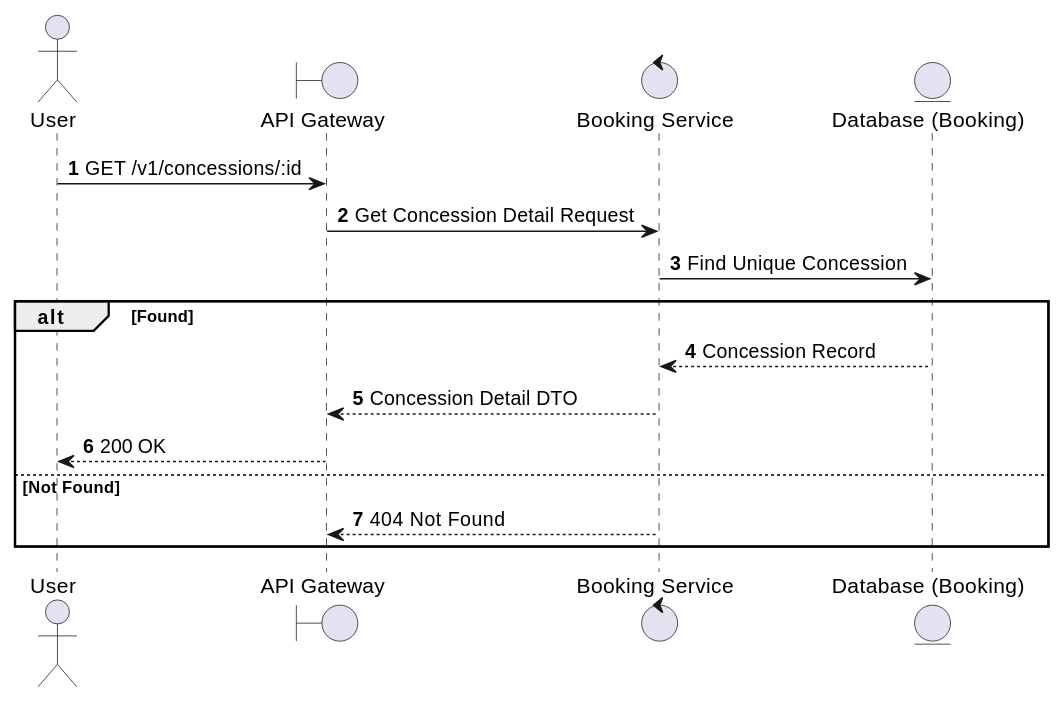
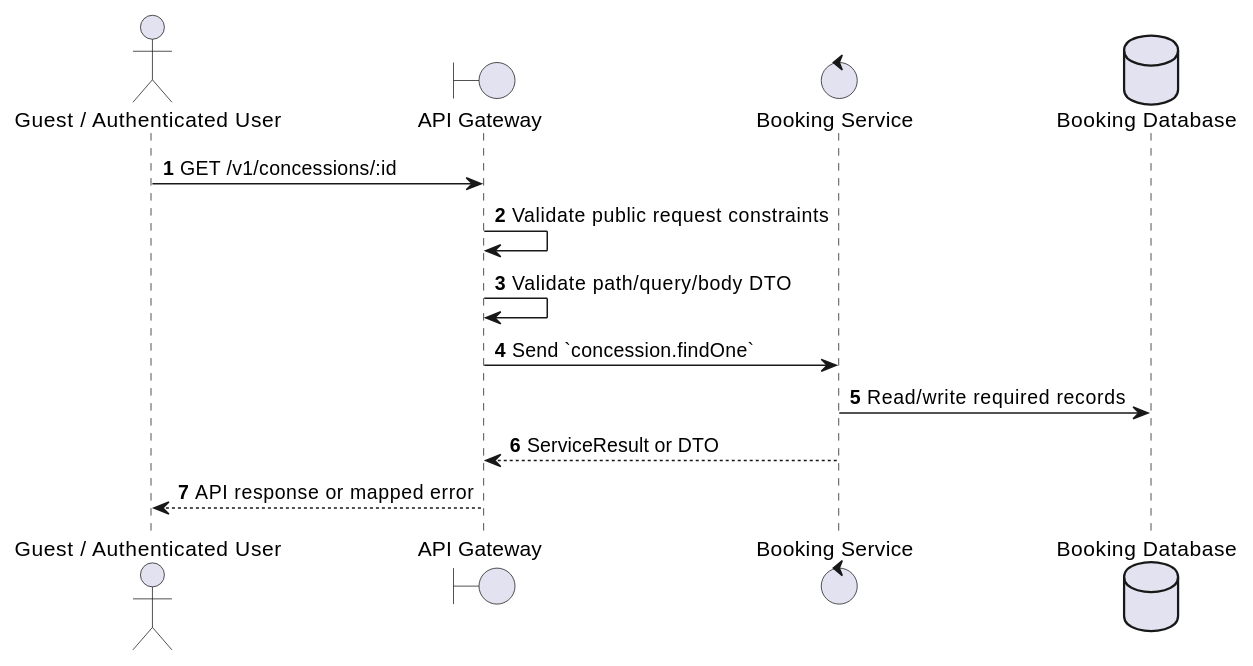
Before and after one commit to Tanh1603/movie-hub-architecture: the first of 2 diagrams in docs/functional_specs/3.9_Concessions_FB_Module/CS-02_Get_Concession_Details.md, drawn with PlantUML. The commit also changed other lines of this file and 126 other files, not shown here.

````diff
--- a/docs/functional_specs/3.9_Concessions_FB_Module/CS-02_Get_Concession_Details.md
+++ b/docs/functional_specs/3.9_Concessions_FB_Module/CS-02_Get_Concession_Details.md
@@ -17,20 +17,17 @@
 ```plantuml
 @startuml
 autonumber
-actor User
+actor "Guest / Authenticated User" as Actor
 boundary "API Gateway" as GW
-control "Booking Service" as BS
-entity "Database (Booking)" as DB
+control "Booking Service" as SVC
+database "Booking Database" as DB
 
-User -> GW: GET /v1/concessions/:id
-GW -> BS: Get Concession Detail Request
-BS -> DB: Find Unique Concession
-alt Found
-    DB --> BS: Concession Record
-    BS --> GW: Concession Detail DTO
-    GW --> User: 200 OK
-else Not Found
-    BS --> GW: 404 Not Found
-end
+Actor -> GW: GET /v1/concessions/:id
+GW -> GW: Validate public request constraints
+GW -> GW: Validate path/query/body DTO
+GW -> SVC: Send `concession.findOne`
+SVC -> DB: Read/write required records
+SVC --> GW: ServiceResult or DTO
+GW --> Actor: API response or mapped error
 @enduml
 ```
````
